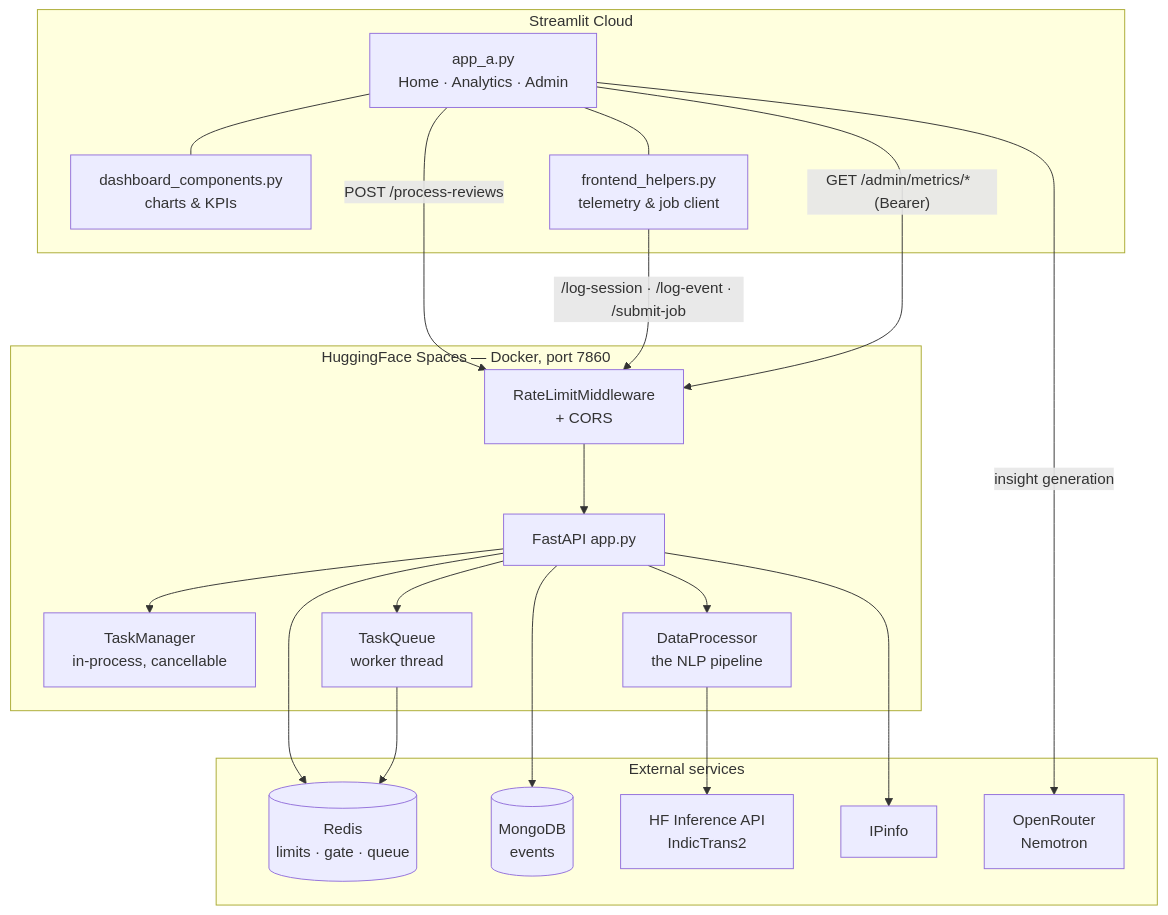
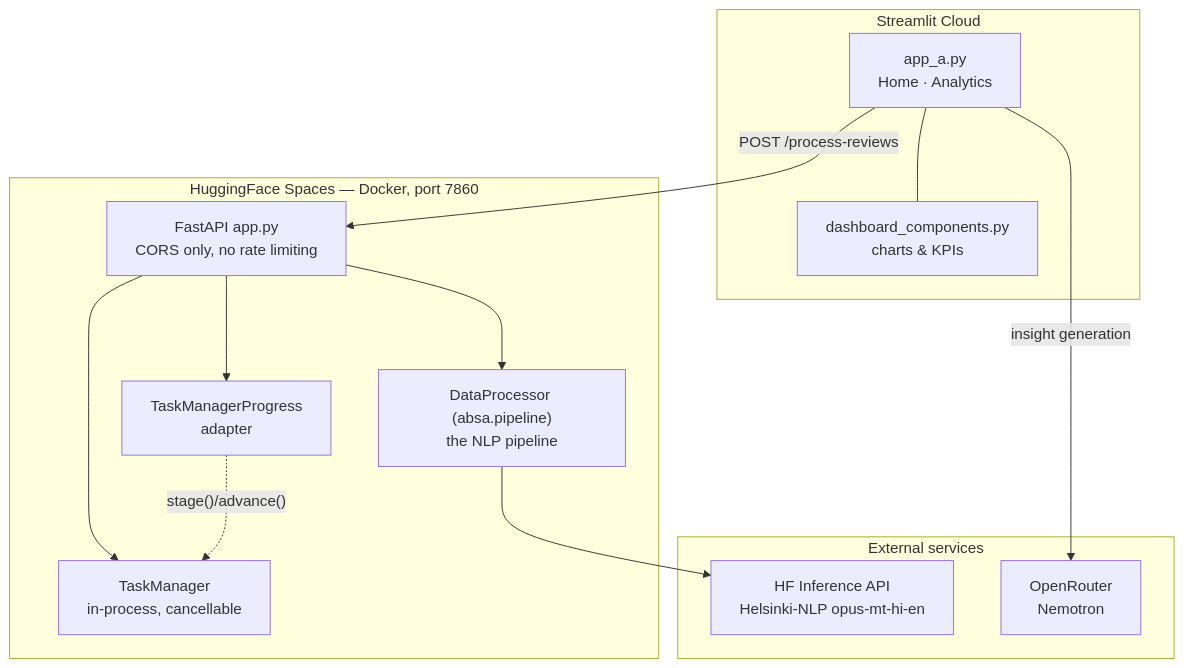
The diagram in README_DETAILED.md (Parthnuwal7/insight), drawn with Mermaid before and after one commit. The commit also changed other lines of this file and 1 other file, not shown here.

````diff
--- a/README_DETAILED.md
+++ b/README_DETAILED.md
@@ -116,41 +115,29 @@
 ```mermaid
 flowchart TB
     subgraph SC["Streamlit Cloud"]
-        UI["app_a.py<br/>Home · Analytics · Admin"]
+        UI["app_a.py<br/>Home · Analytics"]
         DC["dashboard_components.py<br/>charts & KPIs"]
-        FH["frontend_helpers.py<br/>telemetry & job client"]
         UI --- DC
-        UI --- FH
     end
 
     subgraph HF["HuggingFace Spaces — Docker, port 7860"]
-        MW["RateLimitMiddleware<br/>+ CORS"]
-        API["FastAPI app.py"]
+        API["FastAPI app.py<br/>CORS only, no rate limiting"]
         TM["TaskManager<br/>in-process, cancellable"]
-        TQ["TaskQueue<br/>worker thread"]
-        DP["DataProcessor<br/>the NLP pipeline"]
-        MW --> API
+        TMP["TaskManagerProgress<br/>adapter"]
+        DP["DataProcessor (absa.pipeline)<br/>the NLP pipeline"]
         API --> TM
-        API --> TQ
+        API --> TMP
         API --> DP
+        TMP -.->|"stage()/advance()"| TM
     end
 
     subgraph EXT["External services"]
-        RD[("Redis<br/>limits · gate · queue")]
-        MG[("MongoDB<br/>events")]
-        HFAPI["HF Inference API<br/>IndicTrans2"]
-        IPI["IPinfo"]
+        HFAPI["HF Inference API<br/>Helsinki-NLP opus-mt-hi-en"]
         ORT["OpenRouter<br/>Nemotron"]
     end
 
-    UI -- "POST /process-reviews" --> MW
-    FH -- "/log-session · /log-event · /submit-job" --> MW
-    UI -- "GET /admin/metrics/*  (Bearer)" --> MW
+    UI -- "POST /process-reviews" --> API
     UI -- "insight generation" --> ORT
 
-    API --> RD
-    API --> MG
-    TQ --> RD
     DP --> HFAPI
-    API --> IPI
 ```
````
